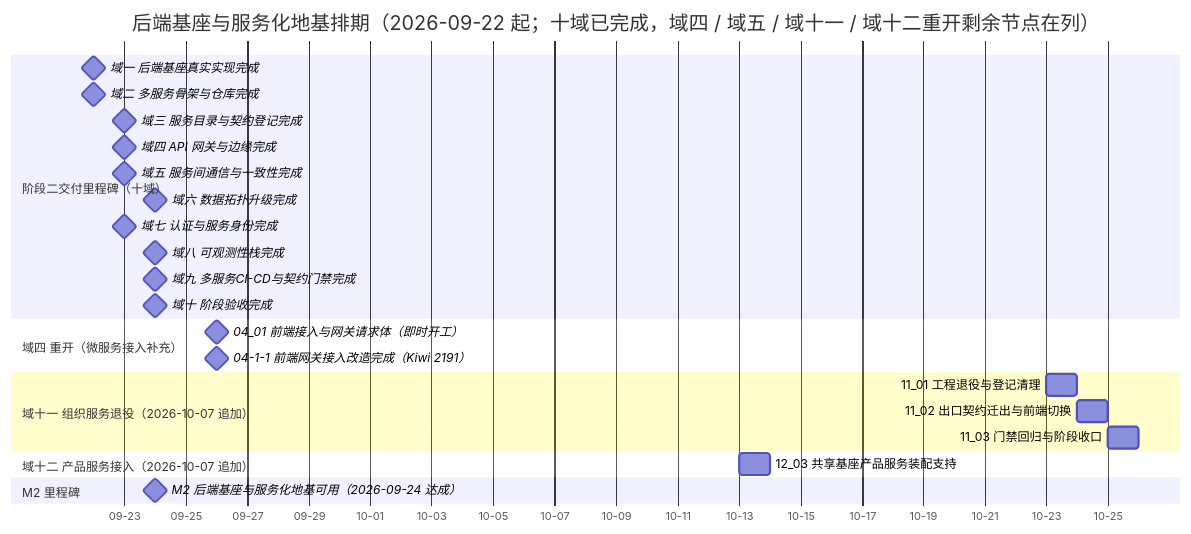
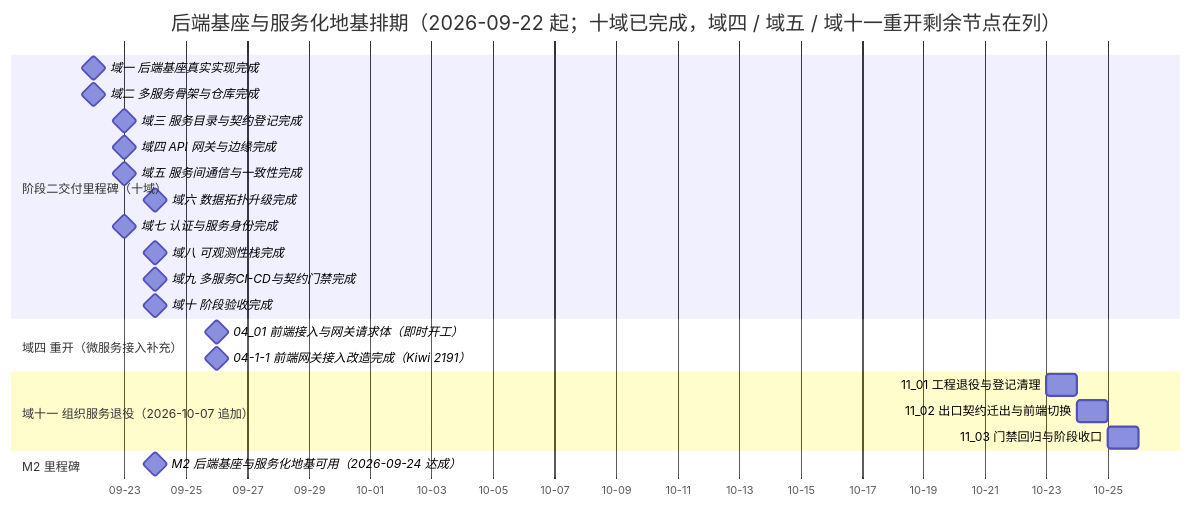
The diagram in bms文档/项目/02_后端基座与服务化地基/计划/01_计划_后端基座与服务化地基.md (minjian123/basic-management-system), drawn with Mermaid before and after one commit. The commit also changed other lines of this file and 7 other files, not shown here.

````diff
--- a/bms文档/项目/02_后端基座与服务化地基/计划/01_计划_后端基座与服务化地基.md
+++ b/bms文档/项目/02_后端基座与服务化地基/计划/01_计划_后端基座与服务化地基.md
@@ -71,28 +71,26 @@
 ```mermaid
 gantt
-    title 后端基座与服务化地基排期（2026-09-22 起；十域已完成，域四 / 域五 / 域十一 / 域十二重开剩余节点在列）
+    title 后端基座与服务化地基排期（2026-09-22 起；十域已完成，域四 / 域五 / 域十一重开剩余节点在列）
     dateFormat  YYYY-MM-DD
     axisFormat %m-%d
     section 阶段二交付里程碑（十域）
     域一 后端基座真实实现完成 :milestone, m01, 2026-09-22, 0d
     域二 多服务骨架与仓库完成 :milestone, m02, 2026-09-22, 0d
     域三 服务目录与契约登记完成 :milestone, m03, 2026-09-23, 0d
     域四 API 网关与边缘完成 :milestone, m04, 2026-09-23, 0d
     域五 服务间通信与一致性完成 :milestone, m05, 2026-09-23, 0d
     域六 数据拓扑升级完成 :milestone, m06, 2026-09-24, 0d
     域七 认证与服务身份完成 :milestone, m07, 2026-09-23, 0d
     域八 可观测性栈完成 :milestone, m08, 2026-09-24, 0d
     域九 多服务CI-CD与契约门禁完成 :milestone, m09, 2026-09-24, 0d
     域十 阶段验收完成 :milestone, m10, 2026-09-24, 0d
     section 域四 重开（微服务接入补充）
     04_01 前端接入与网关请求体（即时开工） :milestone, m0401x, 2026-09-26, 0d
     04-1-1 前端网关接入改造完成（Kiwi 2191） :milestone, m0401a, 2026-09-26, 0d
     section 域十一 组织服务退役（2026-10-07 追加）
     11_01 工程退役与登记清理 :m1101, 2026-10-23, 1d
     11_02 出口契约迁出与前端切换 :m1102, 2026-10-24, 1d
     11_03 门禁回归与阶段收口 :m1103, 2026-10-25, 1d
-    section 域十二 产品服务接入（2026-10-07 追加）
-    12_03 共享基座产品服务装配支持 :m1203, 2026-10-13, 1d
     section M2 里程碑
     M2 后端基座与服务化地基可用（2026-09-24 达成） :milestone, mm2, 2026-09-24, 0d
 ```
````
